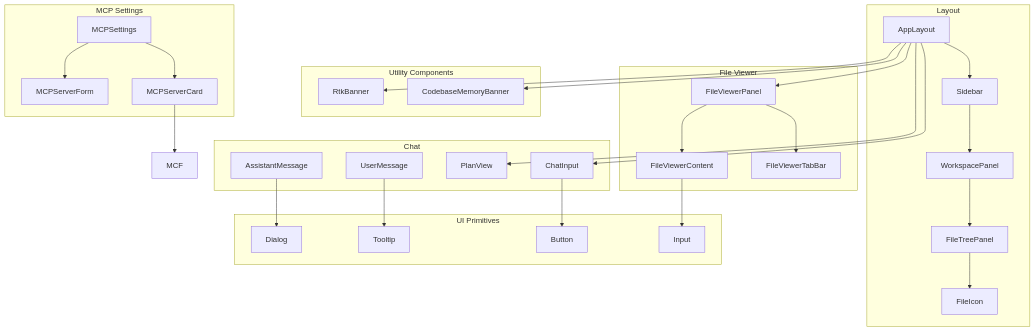
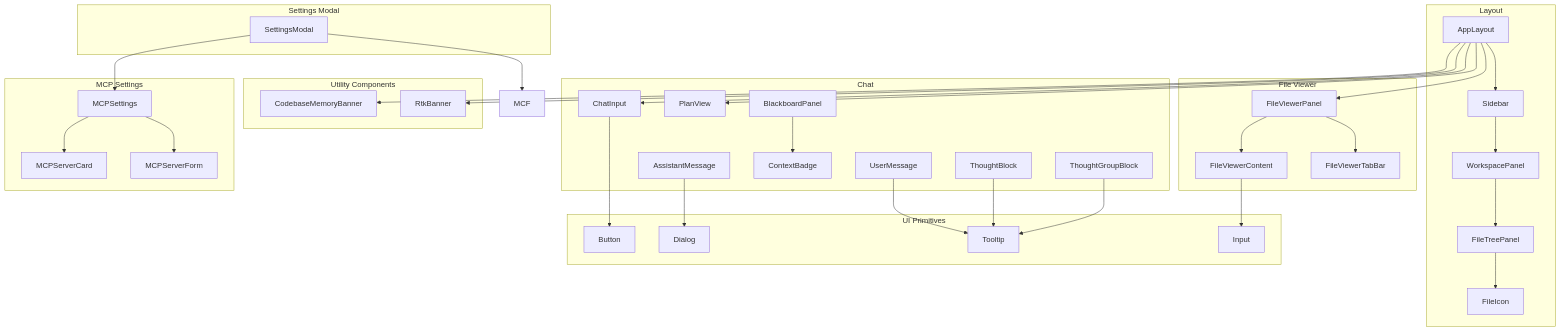
One commit to v0lka/c0wrk changed the first of 6 diagrams in .qoder/repowiki/en/content/Frontend Application/UI Components/UI Components.md. Above: the diagram before and after it, drawn with Mermaid. The commit also changed other lines of this file and 52 other files, not shown here.

````diff
--- a/.qoder/repowiki/en/content/Frontend Application/UI Components/UI Components.md
+++ b/.qoder/repowiki/en/content/Frontend Application/UI Components/UI Components.md
@@ -71,54 +78,65 @@
 ```mermaid
 graph TB
 subgraph "Layout"
 AL["AppLayout"]
 SB["Sidebar"]
 WP["WorkspacePanel"]
 FTP["FileTreePanel"]
 FI["FileIcon"]
 end
 subgraph "Chat"
 AM["AssistantMessage"]
 UM["UserMessage"]
 CI["ChatInput"]
 PV["PlanView"]
+BB["BlackboardPanel"]
+CB["ContextBadge"]
+TB["ThoughtBlock"]
+TGB["ThoughtGroupBlock"]
 end
 subgraph "File Viewer"
 FVP["FileViewerPanel"]
 FVC["FileViewerContent"]
 FVTB["FileViewerTabBar"]
 end
 subgraph "Utility Components"
 CMB["CodebaseMemoryBanner"]
 RTKB["RtkBanner"]
 end
 subgraph "MCP Settings"
 MSC["MCPServerCard"]
 MSF["MCPServerForm"]
 MCP["MCPSettings"]
+end
+subgraph "Settings Modal"
+SM["SettingsModal"]
 end
 subgraph "UI Primitives"
 BTN["Button"]
 DLG["Dialog"]
 TIP["Tooltip"]
 INP["Input"]
 end
 AL --> SB
 AL --> CI
 AL --> PV
 AL --> FVP
 AL --> CMB
 AL --> RTKB
 SB --> WP
 WP --> FTP
 FTP --> FI
 FVP --> FVTB
 FVP --> FVC
-MSC --> MCF
+SM --> MCP
+SM --> MCF
 MCP --> MSC
 MCP --> MSF
 AM --> DLG
 UM --> TIP
 CI --> BTN
 FVC --> INP
+BB --> CB
+TB --> TIP
+TGB --> TIP
 ```
````
